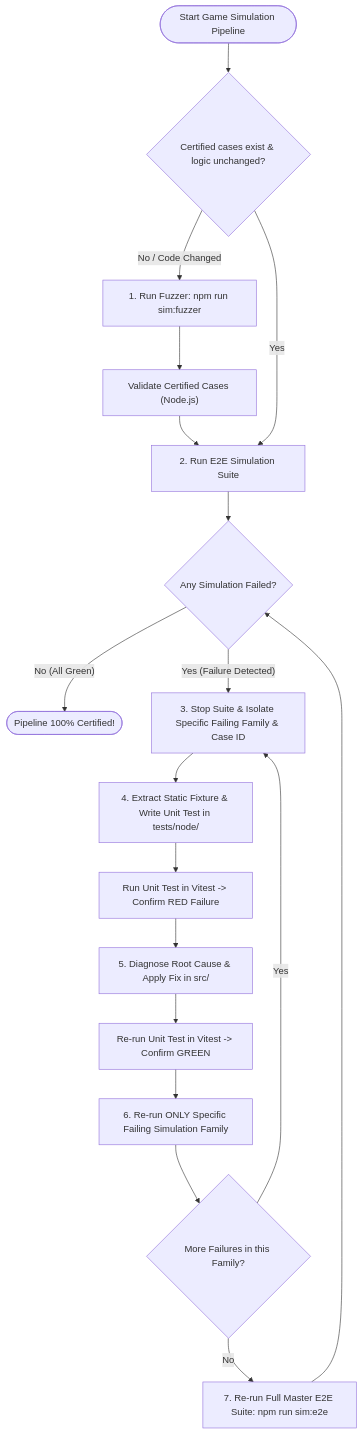
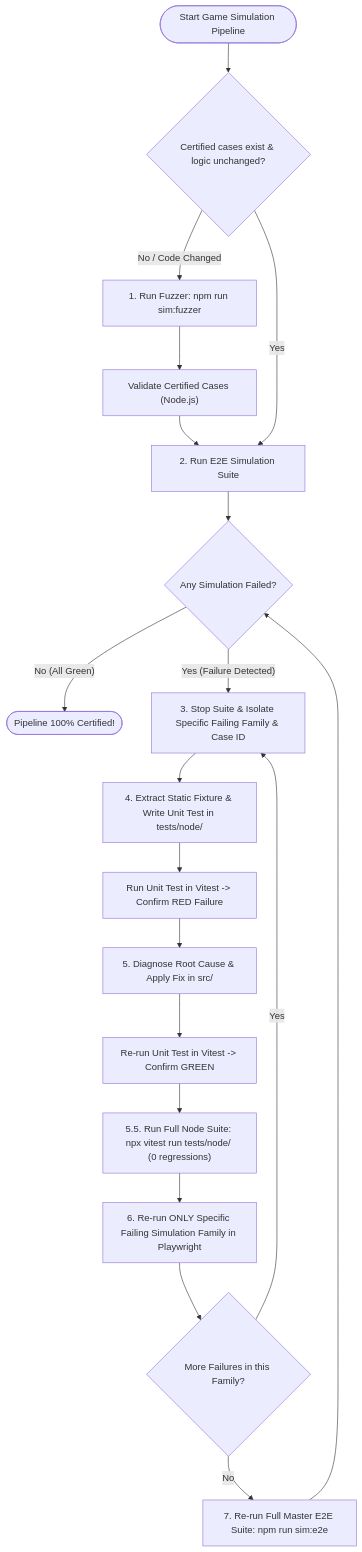
The diagram in .agents/skills/game-simulation/SKILL.md (Darkham77/PokeBorrador), drawn with Mermaid before and after one commit. The commit also changed other lines of this file and 56 other files, not shown here.

````diff
--- a/.agents/skills/game-simulation/SKILL.md
+++ b/.agents/skills/game-simulation/SKILL.md
@@ -175,20 +209,21 @@
 ```mermaid
 flowchart TD
     Start(["Start Game Simulation Pipeline"]) --> FuzzerCheck{"Certified cases exist & logic unchanged?"}
     FuzzerCheck -- "No / Code Changed" --> RunFuzzer["1. Run Fuzzer: npm run sim:fuzzer"]
     RunFuzzer --> ValidateFuzzer["Validate Certified Cases (Node.js)"]
     ValidateFuzzer --> RunE2E["2. Run E2E Simulation Suite"]
     FuzzerCheck -- "Yes" --> RunE2E
     RunE2E --> E2ECheck{"Any Simulation Failed?"}
     E2ECheck -- "No (All Green)" --> Done(["Pipeline 100% Certified!"])
     E2ECheck -- "Yes (Failure Detected)" --> IsolateCase["3. Stop Suite & Isolate Specific Failing Family & Case ID"]
     IsolateCase --> ExtractFixture["4. Extract Static Fixture & Write Unit Test in tests/node/"]
     ExtractFixture --> RunRED["Run Unit Test in Vitest -> Confirm RED Failure"]
     RunRED --> FixCode["5. Diagnose Root Cause & Apply Fix in src/"]
     FixCode --> RunGREEN["Re-run Unit Test in Vitest -> Confirm GREEN"]
-    RunGREEN --> ReRunSpecific["6. Re-run ONLY Specific Failing Simulation Family"]
+    RunGREEN --> RunNodeRegression["5.5. Run Full Node Suite: npx vitest run tests/node/ (0 regressions)"]
+    RunNodeRegression --> ReRunSpecific["6. Re-run ONLY Specific Failing Simulation Family in Playwright"]
     ReRunSpecific --> FamilyCheck{"More Failures in this Family?"}
     FamilyCheck -- "Yes" --> IsolateCase
     FamilyCheck -- "No" --> RunMasterE2E["7. Re-run Full Master E2E Suite: npm run sim:e2e"]
     RunMasterE2E --> E2ECheck
 ```
````
